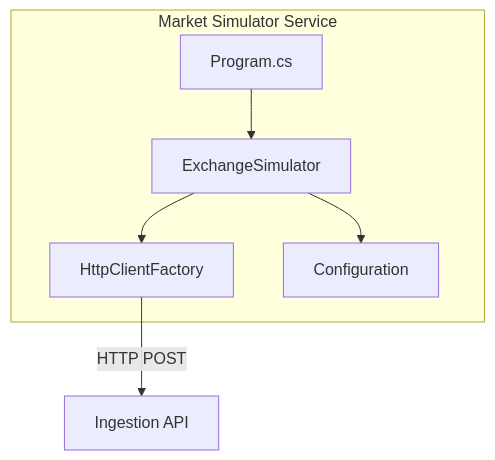
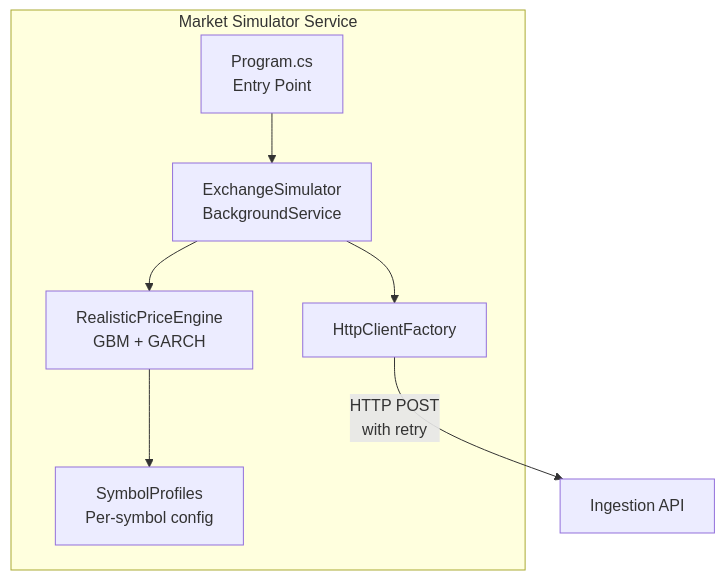
One commit to raj-champion-trader/rajchampaneriya.github.io changed the third of 10 diagrams in hugo-site/content/projects/stock-market-simulator/index.md. Above: the diagram before and after it, drawn with Mermaid. The commit also changed other lines of this file and 4 other files, not shown here.

First line of the commit message:
Enhance Stock Market Simulator documentation and architecture details

````diff
--- a/hugo-site/content/projects/stock-market-simulator/index.md
+++ b/hugo-site/content/projects/stock-market-simulator/index.md
@@ -105,14 +109,16 @@
 ```mermaid
 flowchart TB
     subgraph MarketSimulatorService["Market Simulator Service"]
-        Program["Program.cs"]
-        ExchangeSimulator["ExchangeSimulator"]
+        Program["Program.cs<br/>Entry Point"]
+        ExchangeSimulator["ExchangeSimulator<br/>BackgroundService"]
+        PriceEngine["RealisticPriceEngine<br/>GBM + GARCH"]
+        SymbolProfiles["SymbolProfiles<br/>Per-symbol config"]
         HttpClientFactory["HttpClientFactory"]
-        Configuration["Configuration"]
     end
 
     Program --> ExchangeSimulator
+    ExchangeSimulator --> PriceEngine
+    PriceEngine --> SymbolProfiles
     ExchangeSimulator --> HttpClientFactory
-    ExchangeSimulator --> Configuration
-    HttpClientFactory -->|HTTP POST| IngestionAPI["Ingestion API"]
+    HttpClientFactory -->|HTTP POST<br/>with retry| IngestionAPI["Ingestion API"]
 ```
````
